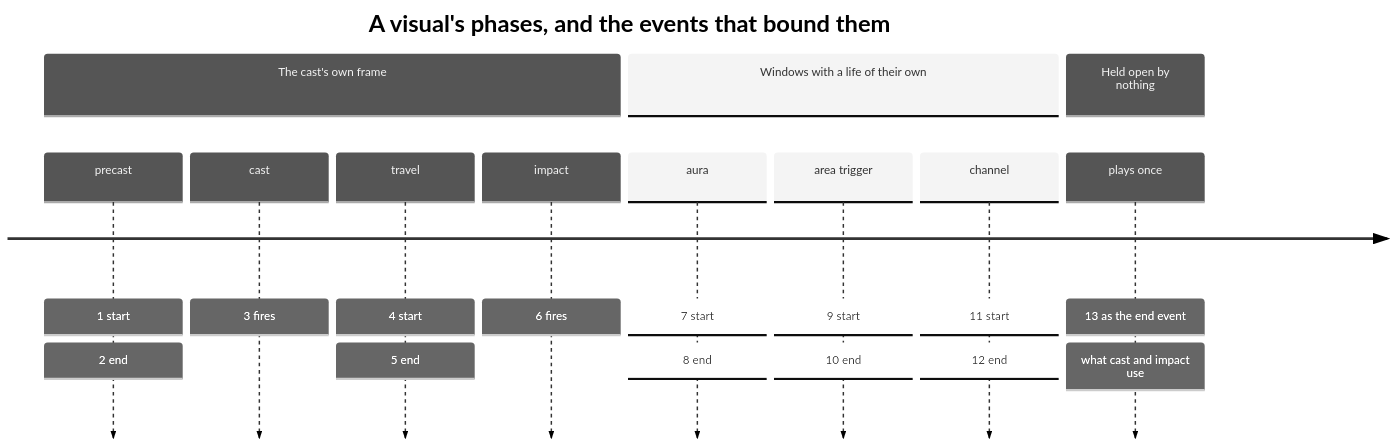
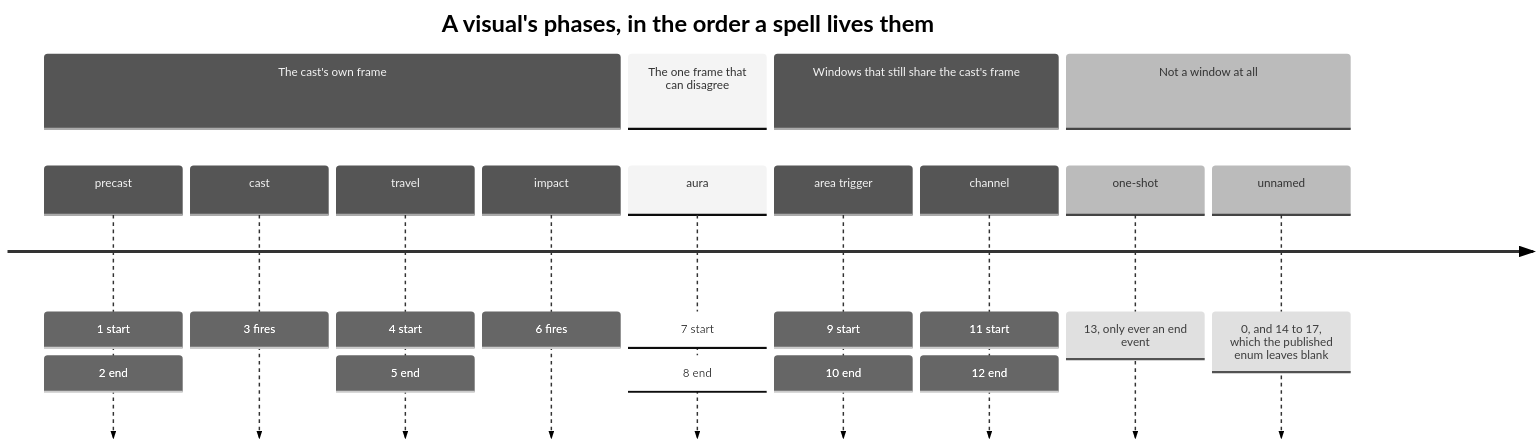
Before and after one commit to Natans8/Epsilook: the eighth of 12 diagrams in docs/DATA_ROUTES.md, drawn with Mermaid (neutral theme). The commit also changed other lines of this file, not shown here.

````diff
--- a/docs/DATA_ROUTES.md
+++ b/docs/DATA_ROUTES.md
@@ -560,15 +664,17 @@
 ```mermaid
 timeline
-    title A visual's phases, and the events that bound them
+    title A visual's phases, in the order a spell lives them
     section The cast's own frame
         precast : 1 start : 2 end
         cast : 3 fires
         travel : 4 start : 5 end
         impact : 6 fires
-    section Windows with a life of their own
+    section The one frame that can disagree
         aura : 7 start : 8 end
+    section Windows that still share the cast's frame
         area trigger : 9 start : 10 end
         channel : 11 start : 12 end
-    section Held open by nothing
-        plays once : 13 as the end event : what cast and impact use
+    section Not a window at all
+        one-shot : 13, only ever an end event
+        unnamed : 0, and 14 to 17, which the published enum leaves blank
 ```
````
